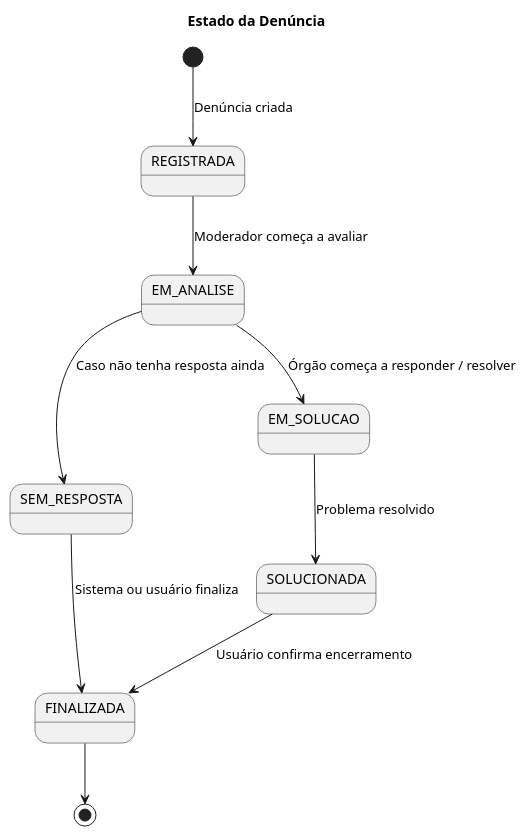
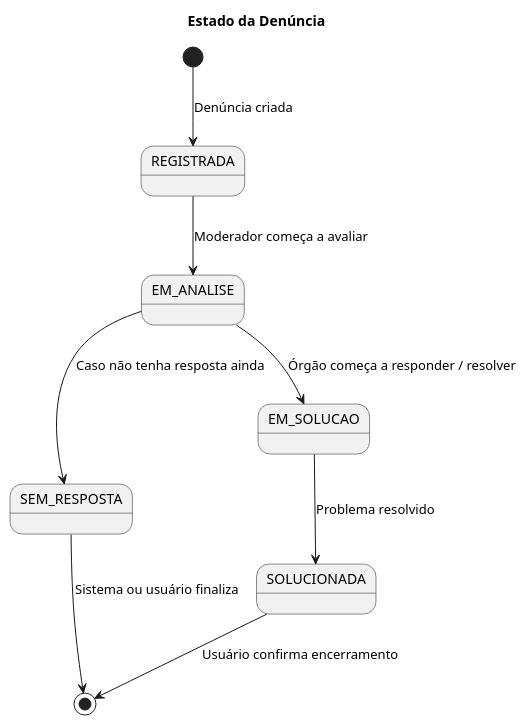
Before and after one commit to rafa-alves6/Reclama.se-AOO: the diagram in modelos/DE_denuncia.puml, drawn with PlantUML.

```diff
--- a/modelos/DE_denuncia.puml
+++ b/modelos/DE_denuncia.puml
@@ -1,15 +1,13 @@
 @startuml
 title Estado da Denúncia
 
 [*] --> REGISTRADA : Denúncia criada
 
 REGISTRADA --> EM_ANALISE : Moderador começa a avaliar
 EM_ANALISE --> SEM_RESPOSTA : Caso não tenha resposta ainda
 EM_ANALISE --> EM_SOLUCAO : Órgão começa a responder / resolver
 EM_SOLUCAO --> SOLUCIONADA : Problema resolvido
-SEM_RESPOSTA --> FINALIZADA : Sistema ou usuário finaliza
-SOLUCIONADA --> FINALIZADA : Usuário confirma encerramento
-
-FINALIZADA --> [*]
+SEM_RESPOSTA --> [*] : Sistema ou usuário finaliza
+SOLUCIONADA --> [*] : Usuário confirma encerramento
 
 @enduml
```
